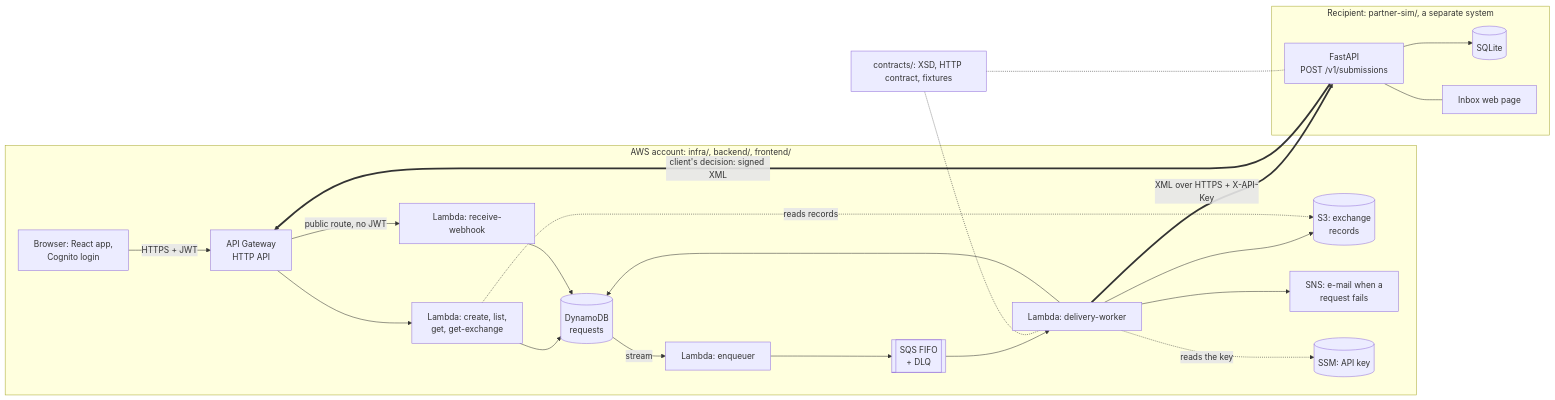
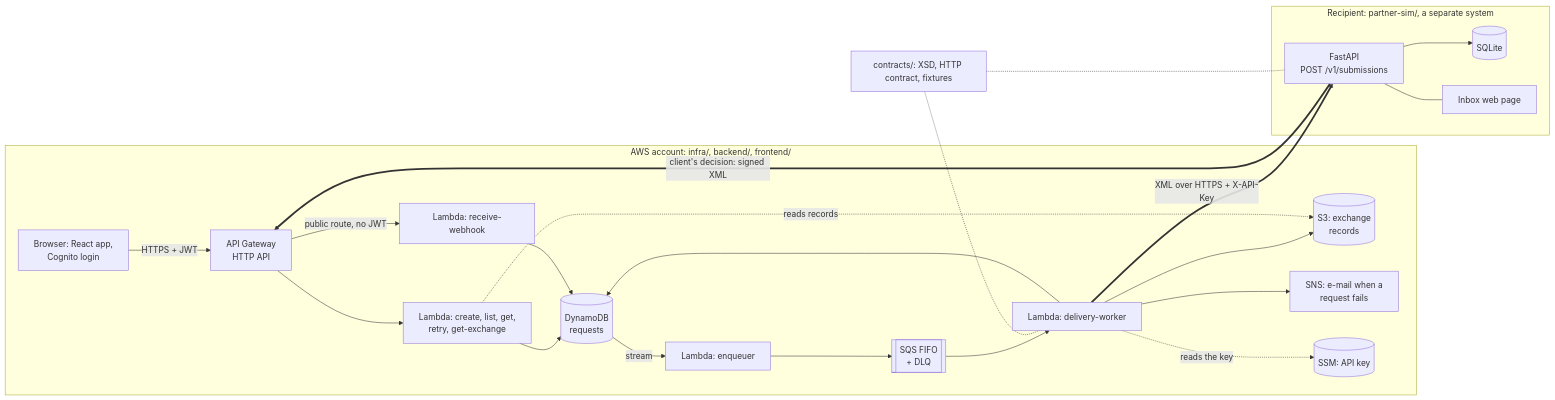
Before and after one commit to Shlykoff/aws-starter: the first of 2 diagrams in README.md, drawn with Mermaid. The commit also changed other lines of this file, not shown here.

````diff
--- a/README.md
+++ b/README.md
@@ -17,27 +17,27 @@
 ```mermaid
 flowchart LR
   subgraph AWS["AWS account: infra/, backend/, frontend/"]
     B["Browser: React app,<br/>Cognito login"] -->|"HTTPS + JWT"| API["API Gateway<br/>HTTP API"]
-    API --> F["Lambda: create, list,<br/>get, get-exchange"]
+    API --> F["Lambda: create, list, get,<br/>retry, get-exchange"]
     F --> T[("DynamoDB<br/>requests")]
     T -->|"stream"| E["Lambda: enqueuer"]
     E --> Q[["SQS FIFO<br/>+ DLQ"]]
     Q --> W["Lambda: delivery-worker"]
     W --> T
     W --> S[("S3: exchange<br/>records")]
     W --> N["SNS: e-mail when a<br/>request fails"]
     W -.->|"reads the key"| K[("SSM: API key")]
     F -.->|"reads records"| S
     API -->|"public route, no JWT"| H["Lambda: receive-webhook"]
     H --> T
   end
   subgraph REC["Recipient: partner-sim/, a separate system"]
     P["FastAPI<br/>POST /v1/submissions"] --> D[("SQLite")]
     P --- I["Inbox web page"]
   end
   W ==>|"XML over HTTPS + X-API-Key"| P
   P ==>|"client's decision: signed XML"| API
   C["contracts/: XSD, HTTP contract, fixtures"]
   C -.- W
   C -.- P
 ```
````
